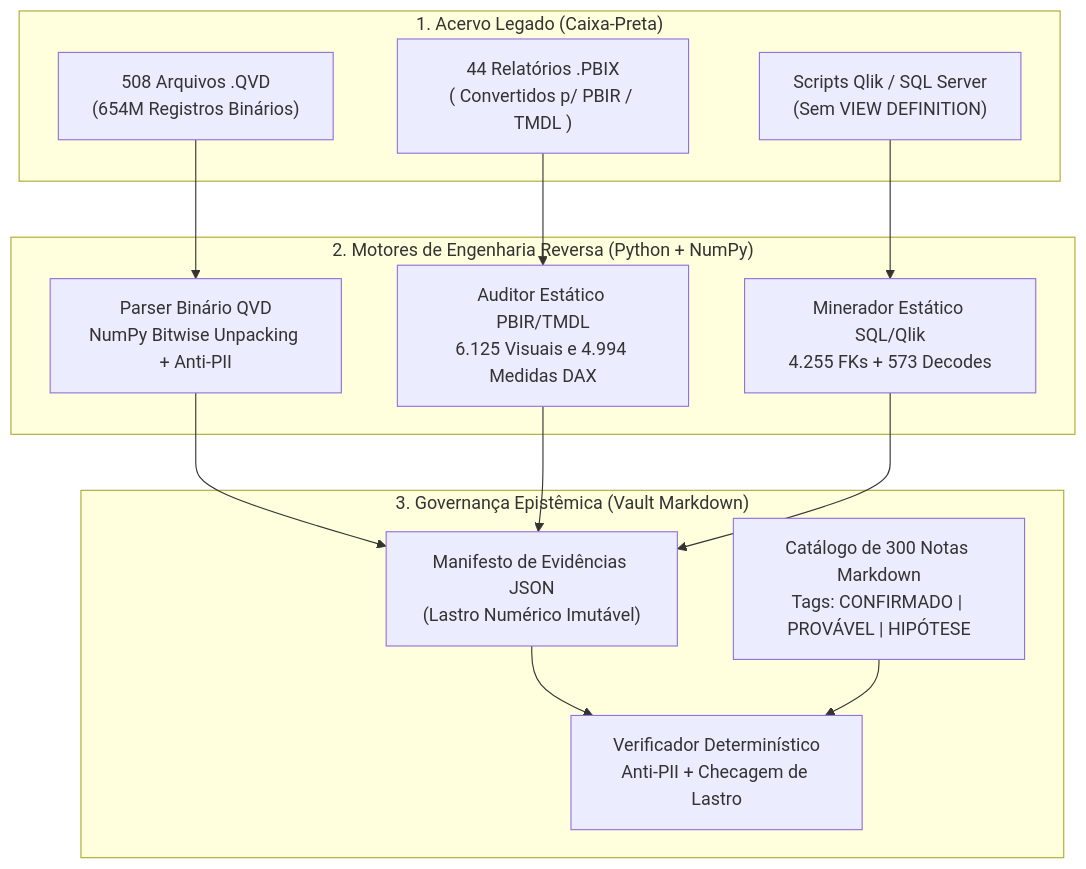
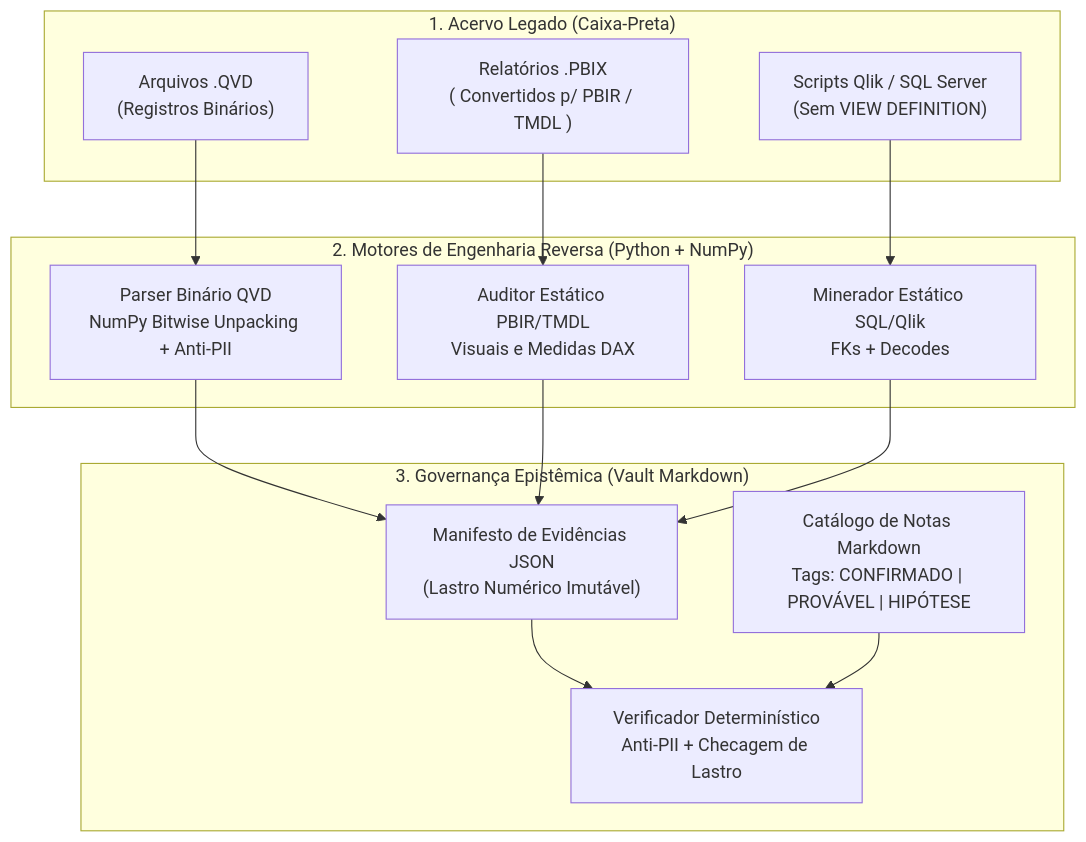
The first of 2 diagrams in case-studies/projeto-05-engenharia-reversa-bi/README.md (PedroEdus/portifolio), drawn with Mermaid before and after one commit. The commit also changed other lines of this file and 10 other files, not shown here.

````diff
--- a/case-studies/projeto-05-engenharia-reversa-bi/README.md
+++ b/case-studies/projeto-05-engenharia-reversa-bi/README.md
@@ -22,31 +22,31 @@
 ```mermaid
 flowchart TD
     subgraph Fontes_Legadas["1. Acervo Legado (Caixa-Preta)"]
-        QVD["508 Arquivos .QVD<br/>(654M Registros Binários)"]
-        PBIX["44 Relatórios .PBIX<br/>( Convertidos p/ PBIR / TMDL )"]
+        QVD["Arquivos .QVD<br/>(Registros Binários)"]
+        PBIX["Relatórios .PBIX<br/>( Convertidos p/ PBIR / TMDL )"]
         SQL["Scripts Qlik / SQL Server<br/>(Sem VIEW DEFINITION)"]
     end
 
     subgraph Motores_Eng_Reversa["2. Motores de Engenharia Reversa (Python + NumPy)"]
         CODEC["Parser Binário QVD<br/>NumPy Bitwise Unpacking + Anti-PII"]
-        AUDITOR["Auditor Estático PBIR/TMDL<br/>6.125 Visuais e 4.994 Medidas DAX"]
-        MINER["Minerador Estático SQL/Qlik<br/>4.255 FKs + 573 Decodes"]
+        AUDITOR["Auditor Estático PBIR/TMDL<br/>Visuais e Medidas DAX"]
+        MINER["Minerador Estático SQL/Qlik<br/>FKs + Decodes"]
     end
 
     subgraph Governanca_Vault["3. Governança Epistêmica (Vault Markdown)"]
         MANIFEST["Manifesto de Evidências JSON<br/>(Lastro Numérico Imutável)"]
-        VAULT["Catálogo de 300 Notas Markdown<br/>Tags: CONFIRMADO | PROVÁVEL | HIPÓTESE"]
+        VAULT["Catálogo de Notas Markdown<br/>Tags: CONFIRMADO | PROVÁVEL | HIPÓTESE"]
         VERIFIER["Verificador Determinístico<br/>Anti-PII + Checagem de Lastro"]
     end
 
     QVD --> CODEC
     PBIX --> AUDITOR
     SQL --> MINER
 
     CODEC --> MANIFEST
     AUDITOR --> MANIFEST
     MINER --> MANIFEST
 
     MANIFEST --> VERIFIER
     VAULT --> VERIFIER
 ```
````
